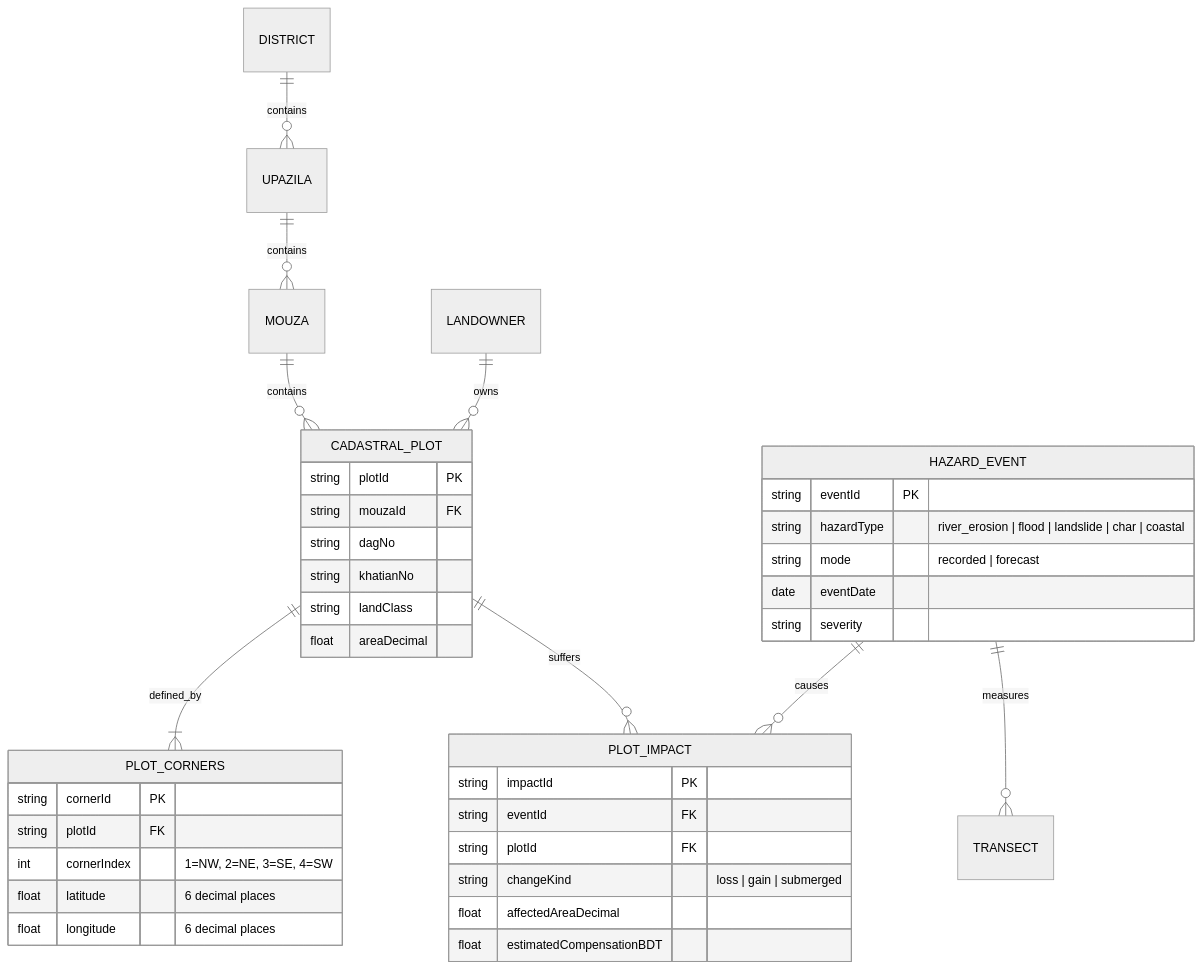
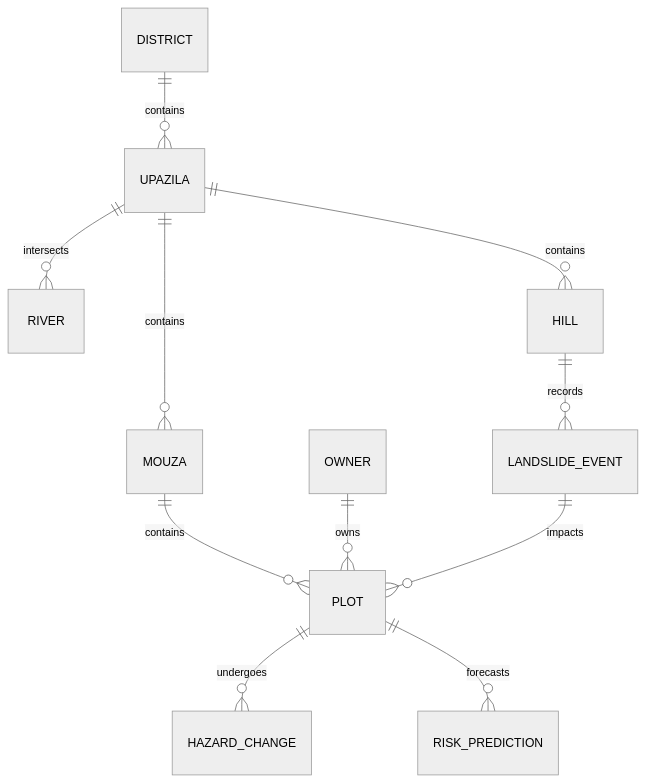
One commit to panthoraj-005/Bhumi-Dorpon changed the second of 2 diagrams in docs/ARCHITECTURE.md. Above: the diagram before and after it, drawn with Mermaid (neutral theme). The commit also changed other lines of this file and 82 other files, not shown here.

Commit message:
feat: complete land search, auth demo access, mountain event selector, and localized translations

````diff
--- a/docs/ARCHITECTURE.md
+++ b/docs/ARCHITECTURE.md
@@ -167,45 +168,16 @@
 ```mermaid
 erDiagram
     DISTRICT ||--o{ UPAZILA : contains
     UPAZILA ||--o{ MOUZA : contains
-    MOUZA ||--o{ CADASTRAL_PLOT : contains
-    LANDOWNER ||--o{ CADASTRAL_PLOT : owns
-    CADASTRAL_PLOT ||--|{ PLOT_CORNERS : defined_by
-    HAZARD_EVENT ||--o{ PLOT_IMPACT : causes
-    CADASTRAL_PLOT ||--o{ PLOT_IMPACT : suffers
-    HAZARD_EVENT ||--o{ TRANSECT : measures
-
-    HAZARD_EVENT {
-        string eventId PK
-        string hazardType "river_erosion | flood | landslide | char | coastal"
-        string mode "recorded | forecast"
-        date eventDate
-        string severity
-    }
-
-    CADASTRAL_PLOT {
-        string plotId PK
-        string mouzaId FK
-        string dagNo
-        string khatianNo
-        string landClass
-        float areaDecimal
-    }
-
-    PLOT_CORNERS {
-        string cornerId PK
-        string plotId FK
-        int cornerIndex "1=NW, 2=NE, 3=SE, 4=SW"
-        float latitude "6 decimal places"
-        float longitude "6 decimal places"
-    }
-
-    PLOT_IMPACT {
-        string impactId PK
-        string eventId FK
-        string plotId FK
-        string changeKind "loss | gain | submerged"
-        float affectedAreaDecimal
-        float estimatedCompensationBDT
-    }
+    UPAZILA ||--o{ RIVER : intersects
+    UPAZILA ||--o{ HILL : contains
+    
+    MOUZA ||--o{ PLOT : contains
+    OWNER ||--o{ PLOT : owns
+    
+    HILL ||--o{ LANDSLIDE_EVENT : records
+    LANDSLIDE_EVENT ||--o{ PLOT : impacts
+    
+    PLOT ||--o{ HAZARD_CHANGE : undergoes
+    PLOT ||--o{ RISK_PREDICTION : forecasts
 ```
````
